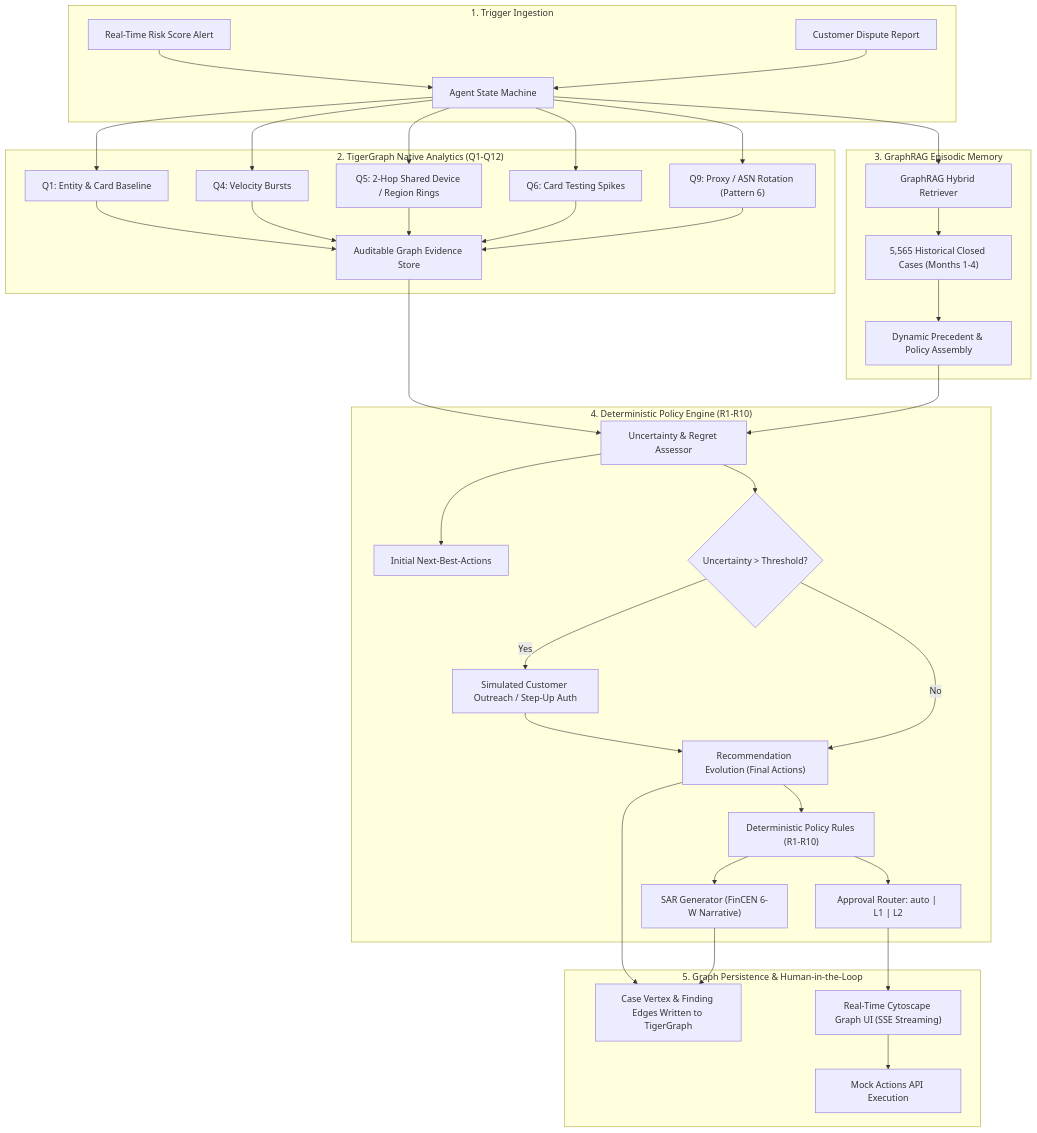
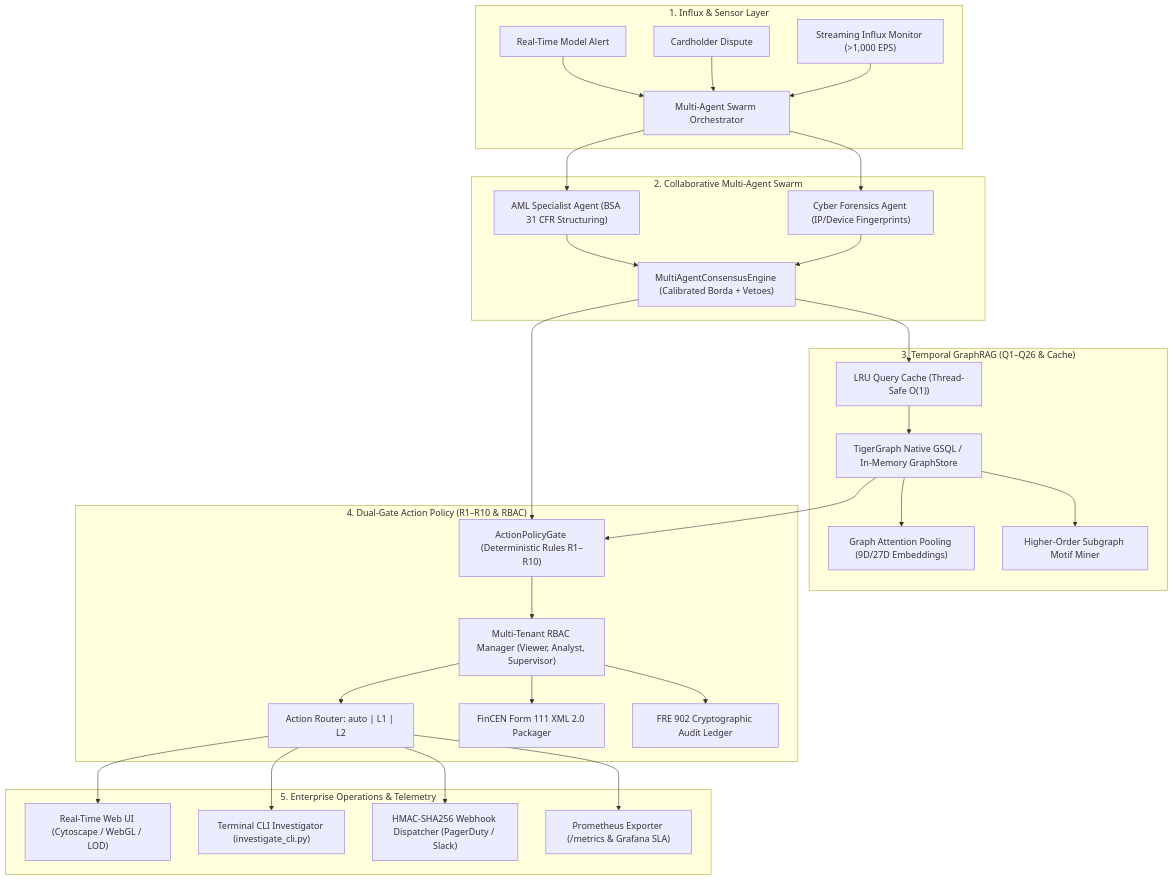
One commit to Swapnil-Biswas/Tiger-Graph changed the diagram in README.md. Above: the diagram before and after it, drawn with Mermaid. The commit also changed other lines of this file and 5 other files, not shown here.

First line of the commit message:
iter-086: docs: update interactive README and architectural showcase

````diff
--- a/README.md
+++ b/README.md
@@ -16,40 +40,36 @@
 ```mermaid
 flowchart TD
-    subgraph TriggerLayer ["1. Trigger Ingestion"]
-        T1["Real-Time Risk Score Alert"] --> AG["Agent State Machine"]
-        T2["Customer Dispute Report"] --> AG
+    subgraph Ingestion ["1. Influx & Sensor Layer"]
+        T1["Real-Time Model Alert"] --> AG["Multi-Agent Swarm Orchestrator"]
+        T2["Cardholder Dispute"] --> AG
+        T3["Streaming Influx Monitor (>1,000 EPS)"] --> AG
     end
 
-    subgraph GraphLayer ["2. TigerGraph Native Analytics (Q1-Q12)"]
-        AG --> Q1["Q1: Entity & Card Baseline"]
-        AG --> Q4["Q4: Velocity Bursts"]
-        AG --> Q5["Q5: 2-Hop Shared Device / Region Rings"]
-        AG --> Q6["Q6: Card Testing Spikes"]
-        AG --> Q9["Q9: Proxy / ASN Rotation (Pattern 6)"]
-        Q1 & Q4 & Q5 & Q6 & Q9 --> EV["Auditable Graph Evidence Store"]
+    subgraph MultiAgentSwarm ["2. Collaborative Multi-Agent Swarm"]
+        AG --> AML["AML Specialist Agent (BSA 31 CFR Structuring)"]
+        AG --> CYB["Cyber Forensics Agent (IP/Device Fingerprints)"]
+        AML & CYB --> CONS["MultiAgentConsensusEngine (Calibrated Borda + Vetoes)"]
     end
 
-    subgraph MemoryLayer ["3. GraphRAG Episodic Memory"]
-        AG --> RET["GraphRAG Hybrid Retriever"]
-        RET --> MEM["5,565 Historical Closed Cases (Months 1-4)"]
-        MEM --> POL["Dynamic Precedent & Policy Assembly"]
+    subgraph GraphRAGLayer ["3. Temporal GraphRAG (Q1–Q26 & Cache)"]
+        CONS --> CACHE["LRU Query Cache (Thread-Safe O(1))"]
+        CACHE --> TG["TigerGraph Native GSQL / In-Memory GraphStore"]
+        TG --> EMB["Graph Attention Pooling (9D/27D Embeddings)"]
+        TG --> MOTIF["Higher-Order Subgraph Motif Miner"]
     end
 
-    subgraph PolicyLayer ["4. Deterministic Policy Engine (R1-R10)"]
-        EV & POL --> EVAL["Uncertainty & Regret Assessor"]
-        EVAL --> PRE["Initial Next-Best-Actions"]
-        EVAL --> SIM{"Uncertainty > Threshold?"}
-        SIM -- Yes --> SIM_OUT["Simulated Customer Outreach / Step-Up Auth"]
-        SIM_OUT --> POST["Recommendation Evolution (Final Actions)"]
-        SIM -- No --> POST
-        POST --> PE["Deterministic Policy Rules (R1-R10)"]
-        PE --> ROUTE["Approval Router: auto | L1 | L2"]
-        PE --> SAR["SAR Generator (FinCEN 6-W Narrative)"]
+    subgraph PolicyLayer ["4. Dual-Gate Action Policy (R1–R10 & RBAC)"]
+        CONS & TG --> GATE["ActionPolicyGate (Deterministic Rules R1–R10)"]
+        GATE --> RBAC["Multi-Tenant RBAC Manager (Viewer, Analyst, Supervisor)"]
+        RBAC --> ROUTE["Action Router: auto | L1 | L2"]
+        RBAC --> SAR["FinCEN Form 111 XML 2.0 Packager"]
+        RBAC --> LEDGER["FRE 902 Cryptographic Audit Ledger"]
     end
 
-    subgraph PersistenceLayer ["5. Graph Persistence & Human-in-the-Loop"]
-        POST & SAR --> GW["Case Vertex & Finding Edges Written to TigerGraph"]
-        ROUTE --> UI["Real-Time Cytoscape Graph UI (SSE Streaming)"]
-        UI --> ACT["Mock Actions API Execution"]
+    subgraph Operations ["5. Enterprise Operations & Telemetry"]
+        ROUTE --> UI["Real-Time Web UI (Cytoscape / WebGL / LOD)"]
+        ROUTE --> CLI["Terminal CLI Investigator (investigate_cli.py)"]
+        ROUTE --> HOOK["HMAC-SHA256 Webhook Dispatcher (PagerDuty / Slack)"]
+        ROUTE --> PROM["Prometheus Exporter (/metrics & Grafana SLA)"]
     end
 ```
````
